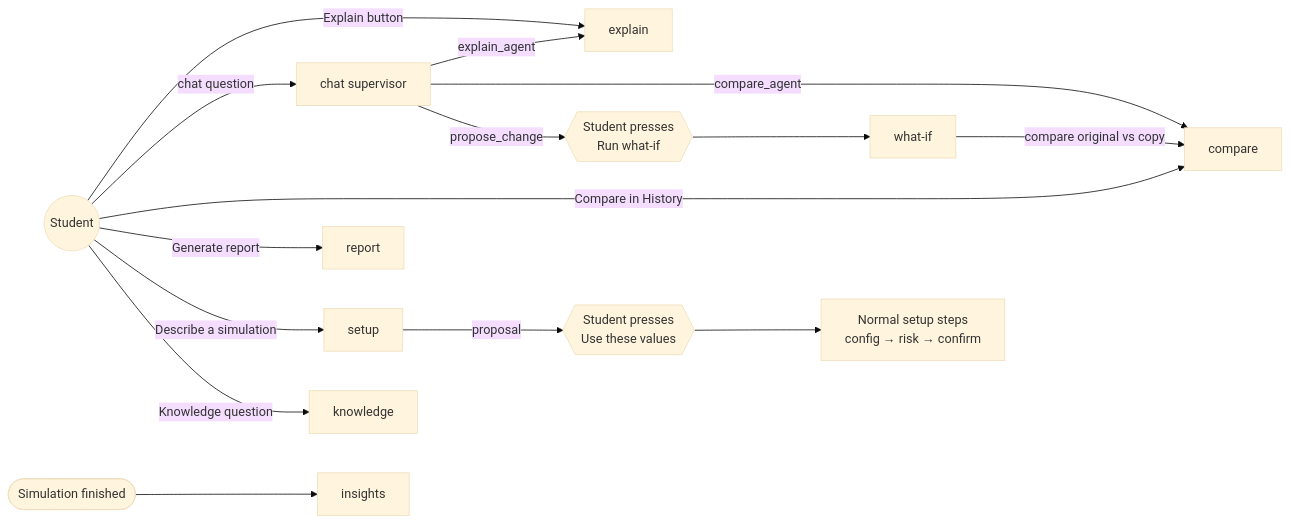
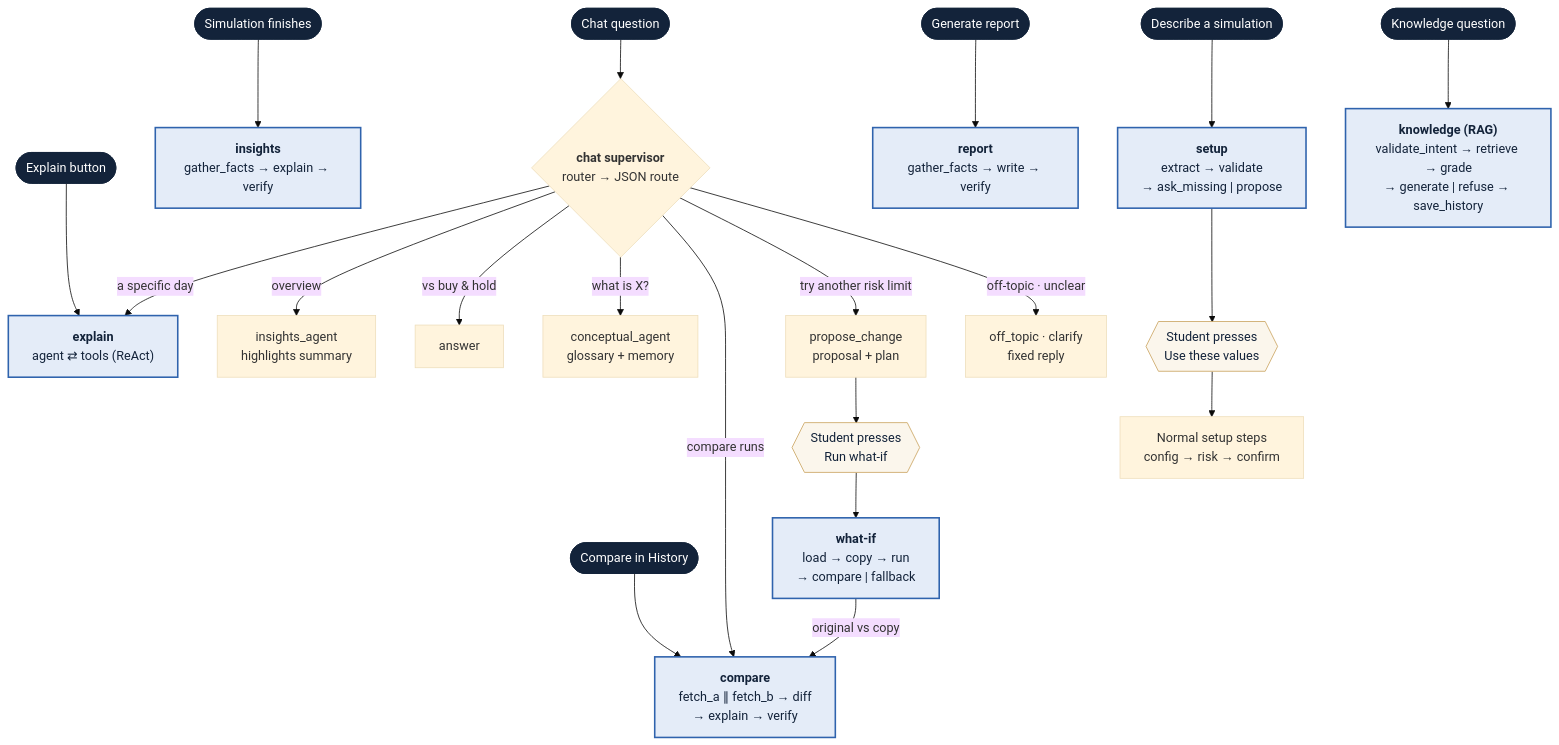
One commit to CardozoEIA/trading_simulator changed the first of 9 diagrams in docs/agents.md. Above: the diagram before and after it, drawn with Mermaid (base theme). The commit also changed other lines of this file and 16 other files, not shown here.

First line of the commit message:
docs: refresh architecture and agent diagrams

````diff
--- a/docs/agents.md
+++ b/docs/agents.md
@@ -24,19 +26,39 @@
 ```mermaid
-flowchart LR
-    S((Student)) -->|Explain button| EXP[explain]
-    S -->|chat question| CHAT[chat supervisor]
-    S -->|Compare in History| CMP[compare]
-    S -->|Generate report| REP[report]
-    S -->|Describe a simulation| SET[setup]
-    S -->|Knowledge question| KNO[knowledge]
-    FIN([Simulation finished]) --> INS[insights]
+flowchart TB
+    T1(["Explain button"]) --> EXP
+    T2(["Simulation finishes"]) --> INS
+    T3(["Chat question"]) --> SUP
+    T4(["Compare in History"]) --> CMP
+    T5(["Generate report"]) --> REP
+    T6(["Describe a simulation"]) --> SET
+    T7(["Knowledge question"]) --> KNO
 
-    CHAT -->|explain_agent| EXP
-    CHAT -->|compare_agent| CMP
-    CHAT -->|propose_change| H1{{Student presses<br/>Run what-if}}
-    H1 --> WI[what-if]
-    WI -->|compare original vs copy| CMP
+    EXP["<b>explain</b><br/>agent ⇄ tools (ReAct)"]
+    INS["<b>insights</b><br/>gather_facts → explain → verify"]
+    SUP{"<b>chat supervisor</b><br/>router → JSON route"}
+    CMP["<b>compare</b><br/>fetch_a ∥ fetch_b → diff<br/>→ explain → verify"]
+    REP["<b>report</b><br/>gather_facts → write → verify"]
+    SET["<b>setup</b><br/>extract → validate<br/>→ ask_missing | propose"]
+    KNO["<b>knowledge (RAG)</b><br/>validate_intent → retrieve → grade<br/>→ generate | refuse → save_history"]
 
-    SET -->|proposal| H2{{Student presses<br/>Use these values}}
-    H2 --> FORM[Normal setup steps<br/>config → risk → confirm]
+    SUP -->|a specific day| EXP
+    SUP -->|overview| SUM["insights_agent<br/>highlights summary"]
+    SUP -->|vs buy &amp; hold| ANS["answer"]
+    SUP -->|what is X?| CON["conceptual_agent<br/>glossary + memory"]
+    SUP -->|compare runs| CMP
+    SUP -->|try another risk limit| PROP["propose_change<br/>proposal + plan"]
+    SUP -->|"off-topic · unclear"| FIX["off_topic · clarify<br/>fixed reply"]
+
+    PROP --> H1{{"Student presses<br/>Run what-if"}}
+    H1 --> WI["<b>what-if</b><br/>load → copy → run<br/>→ compare | fallback"]
+    WI -->|original vs copy| CMP
+    SET --> H2{{"Student presses<br/>Use these values"}}
+    H2 --> FORM["Normal setup steps<br/>config → risk → confirm"]
+
+    classDef trigger fill:#13233a,stroke:#13233a,color:#ffffff
+    classDef subflow fill:#e4ecf8,stroke:#2f63ad,stroke-width:2px,color:#13233a
+    classDef human fill:#fbf6ec,stroke:#c9a15c,color:#13233a
+    class T1,T2,T3,T4,T5,T6,T7 trigger
+    class EXP,INS,CMP,REP,SET,KNO,WI subflow
+    class H1,H2 human
 ```
````
